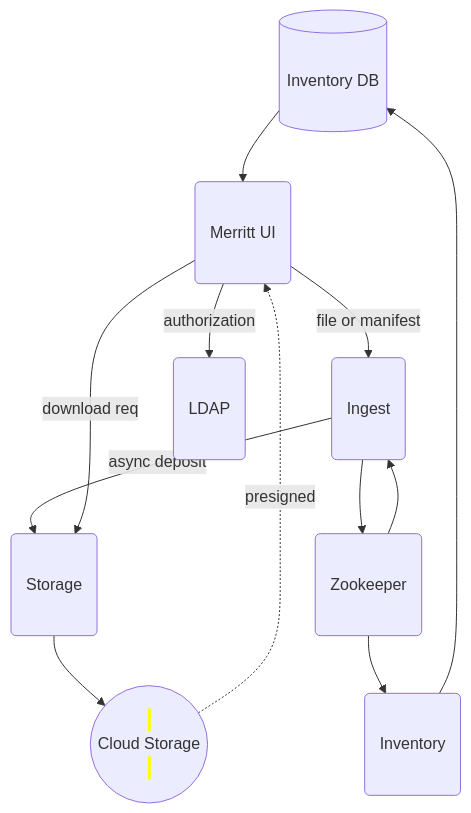
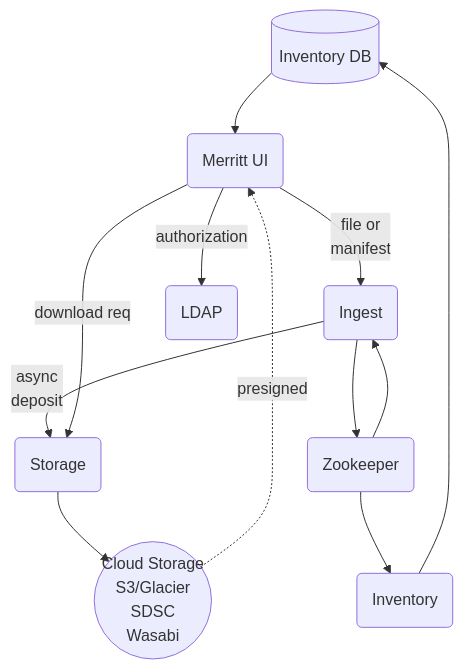
One commit to CDLUC3/mrt-doc changed the diagram in diagrams/overview-core.mmd. Above: the diagram before and after it, drawn with Mermaid. The commit also changed 5 other files, not shown here.

```diff
--- a/diagrams/overview-core.mmd
+++ b/diagrams/overview-core.mmd
@@ -1,28 +1,21 @@
 graph TD
   RDS[(Inventory DB)]
   UI(Merritt UI)
   ING(Ingest)
   ST(Storage)
   INV(Inventory)
-  CLOUD((Cloud Storage))
+  CLOUD((Cloud Storage<br>S3/Glacier<br>SDSC<br>Wasabi))
   LDAP(LDAP)
   ZOO(Zookeeper)
 
   RDS --> UI
-  UI --> |file or manifest| ING
+  UI --> |file or<br>manifest| ING
   UI --> |authorization| LDAP
-  ING --> |async deposit| ST
+  ING --> |async<br>deposit| ST
   ING --> ZOO
   ZOO --> ING
   ZOO --> INV
   UI ---> |download req| ST
   INV --> RDS
   ST --> CLOUD
   CLOUD -.-> |presigned| UI
-
-  %% Class Definitions
-  %% =================
-  class CLOUD cloud;
-  classDef cloud background-color:yellow;
-  class UI node;
-  classDef node padding:3px;
```
